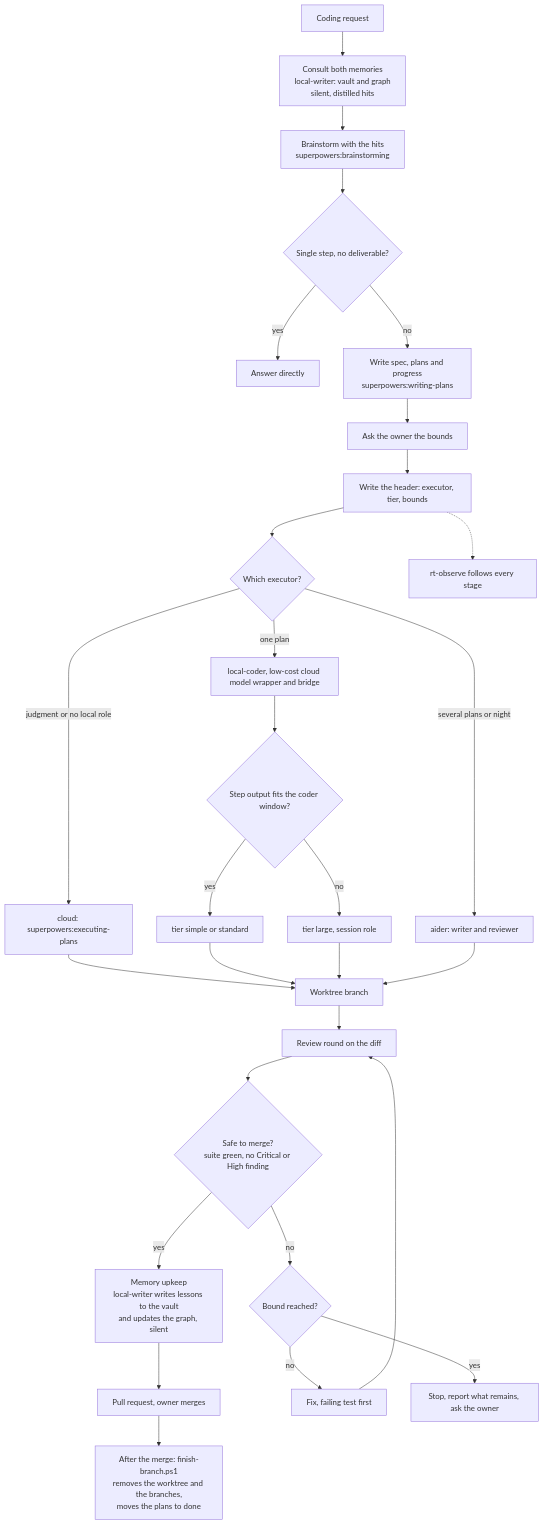
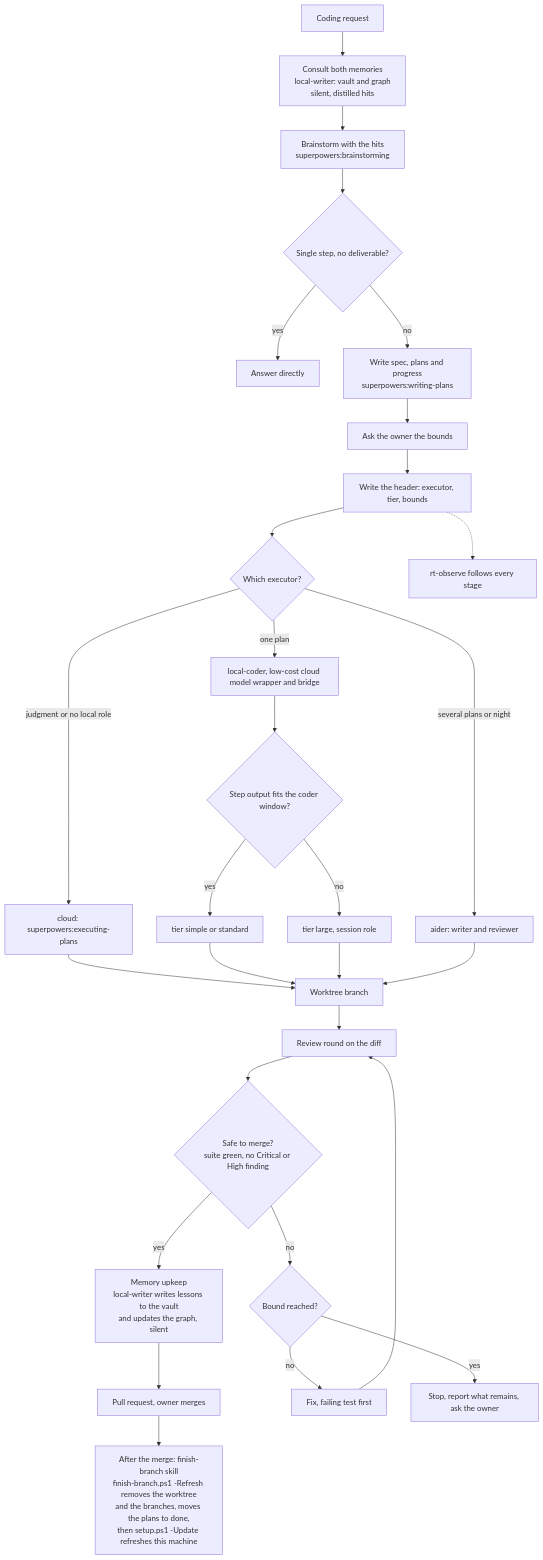
One commit to LARi-UQAC/ResearchTools changed the diagram in docs/manual/diagrams/local-coding-flow.mmd. Above: the diagram before and after it, drawn with Mermaid. The commit also changed 6 other files, not shown here.

First line of the commit message:
docs: finish-branch skill and command in README, Architecture and the manual (R31, R33)

```diff
--- a/docs/manual/diagrams/local-coding-flow.mmd
+++ b/docs/manual/diagrams/local-coding-flow.mmd
@@ -1,28 +1,28 @@
 flowchart TD
     A0["Coding request"] --> X["Consult both memories<br/>local-writer: vault and graph<br/>silent, distilled hits"]
     X --> A["Brainstorm with the hits<br/>superpowers:brainstorming"]
     A --> B{Single step, no deliverable?}
     B -- yes --> C[Answer directly]
     B -- no --> D["Write spec, plans and progress<br/>superpowers:writing-plans"]
     D --> E[Ask the owner the bounds]
     E --> F[Write the header: executor, tier, bounds]
     F --> G{Which executor?}
     G -- judgment or no local role --> H["cloud: superpowers:executing-plans"]
     G -- one plan --> J[local-coder, low-cost cloud model wrapper and bridge]
     J --> K{Step output fits the coder window?}
     K -- yes --> L[tier simple or standard]
     K -- no --> M[tier large, session role]
     G -- several plans or night --> N[aider: writer and reviewer]
     H --> O[Worktree branch]
     L --> O
     M --> O
     N --> O
     O --> P[Review round on the diff]
     P --> Q{"Safe to merge?<br/>suite green, no Critical or High finding"}
     Q -- yes --> Y["Memory upkeep<br/>local-writer writes lessons to the vault<br/>and updates the graph, silent"]
     Y --> R[Pull request, owner merges]
-    R --> Z["After the merge: finish-branch.ps1<br/>removes the worktree and the branches,<br/>moves the plans to done"]
+    R --> Z["After the merge: finish-branch skill<br/>finish-branch.ps1 -Refresh removes the worktree<br/>and the branches, moves the plans to done,<br/>then setup.ps1 -Update refreshes this machine"]
     Q -- no --> S{Bound reached?}
     S -- no --> T[Fix, failing test first] --> P
     S -- yes --> U[Stop, report what remains, ask the owner]
     F -.-> V[rt-observe follows every stage]
```
